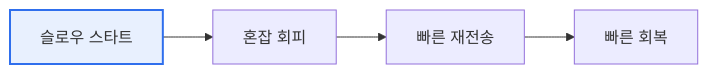
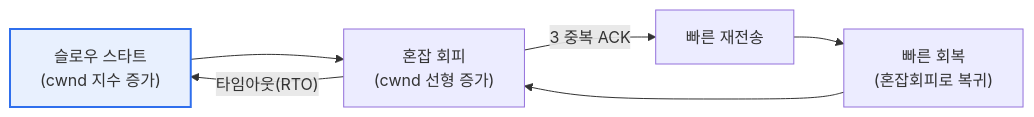
Before and after one commit to coninggu/wjdqhrhksflrltnftk: the first of 2 diagrams in content/tcp-congestion-control.md, drawn with Mermaid. The commit also changed other lines of this file and 3 other files, not shown here.

````diff
--- a/content/tcp-congestion-control.md
+++ b/content/tcp-congestion-control.md
@@ -15,5 +26,9 @@
 ```mermaid
 flowchart LR
-  A[슬로우 스타트] --> B[혼잡 회피] --> C[빠른 재전송] --> D[빠른 회복]
+  A["슬로우 스타트<br/>(cwnd 지수 증가)"] --> B["혼잡 회피<br/>(cwnd 선형 증가)"]
+  B -->|"3 중복 ACK"| C["빠른 재전송"]
+  C --> D["빠른 회복<br/>(혼잡회피로 복귀)"]
+  D --> B
+  B -->|"타임아웃(RTO)"| A
   style A fill:#e8f0fe,stroke:#2f6fed,stroke-width:2px
 ```
````
